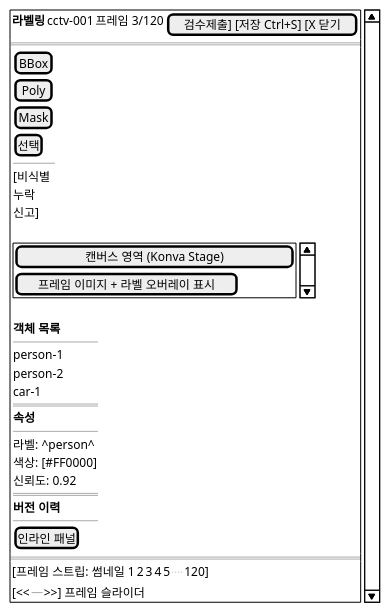
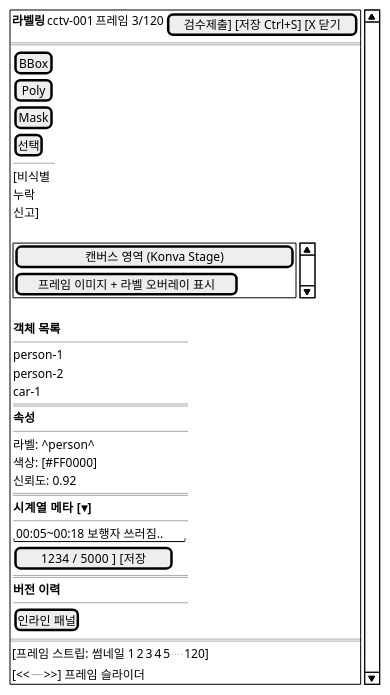
Before and after one commit to New-stella/klid-label: the eighth of 27 diagrams in docs/design/D2-사용자인터페이스설계서.md, drawn with PlantUML. The commit also changed other lines of this file and 3 other files, not shown here.

````diff
--- a/docs/design/D2-사용자인터페이스설계서.md
+++ b/docs/design/D2-사용자인터페이스설계서.md
@@ -575,52 +575,57 @@
 ```plantuml
 @startsalt
 {
   {SI
     { <b>라벨링 | cctv-001 | 프레임 3/120 | [검수제출] [저장 Ctrl+S] [X 닫기] }
     ==
     {
       {
         [BBox]
         [Poly]
         [Mask]
         [선택]
         ---
         [비식별
          누락
          신고]
       }
       |
       {
         .
         {SI
           [       캔버스 영역 (Konva Stage)       ]
           [ 프레임 이미지 + 라벨 오버레이 표시      ]
         }
         .
       }
       |
       {
         <b>객체 목록
         ---
         person-1
         person-2
         car-1
         ===
         <b>속성
         ---
         라벨: ^person^
         색상: [#FF0000]
         신뢰도: 0.92
         ===
+        <b>시계열 메타  [▾]
+        ---
+        "00:05~00:18 보행자 쓰러짐.."
+        [ 1234 / 5000 ]  [저장]
+        ===
         <b>버전 이력
         ---
         [인라인 패널]
       }
     }
     ==
     { [프레임 스트립: 썸네일 1 | 2 | 3 | 4 | 5 | ... | 120] }
     { [<< |-----O---------------------| >>] 프레임 슬라이더 }
   }
 }
 @endsalt
 ```
````
